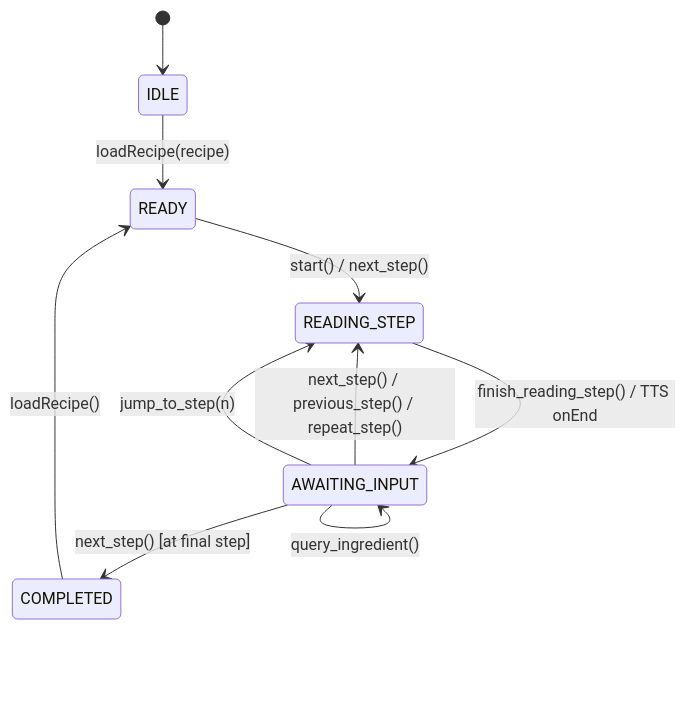
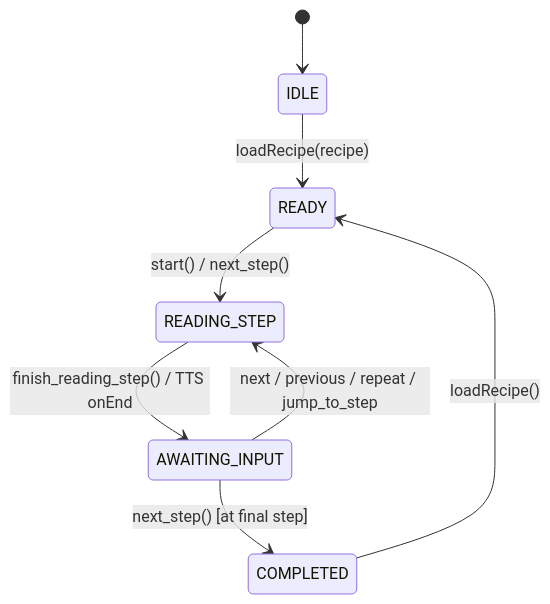
Before and after one commit to jds0uza/recipe-reader: the second of 2 diagrams in README.md, drawn with Mermaid. The commit also changed other lines of this file, not shown here.

Commit message:
docs: streamline README architecture and clarify state machine diagram

````diff
--- a/README.md
+++ b/README.md
@@ -60,12 +54,10 @@
 ```mermaid
 stateDiagram-v2
     [*] --> IDLE
     IDLE --> READY: loadRecipe(recipe)
     READY --> READING_STEP: start() / next_step()
     READING_STEP --> AWAITING_INPUT: finish_reading_step() / TTS onEnd
-    AWAITING_INPUT --> READING_STEP: next_step() / previous_step() / repeat_step()
-    AWAITING_INPUT --> READING_STEP: jump_to_step(n)
-    AWAITING_INPUT --> AWAITING_INPUT: query_ingredient()
+    AWAITING_INPUT --> READING_STEP: next / previous / repeat / jump_to_step
     AWAITING_INPUT --> COMPLETED: next_step() [at final step]
     COMPLETED --> READY: loadRecipe()
 ```
````
